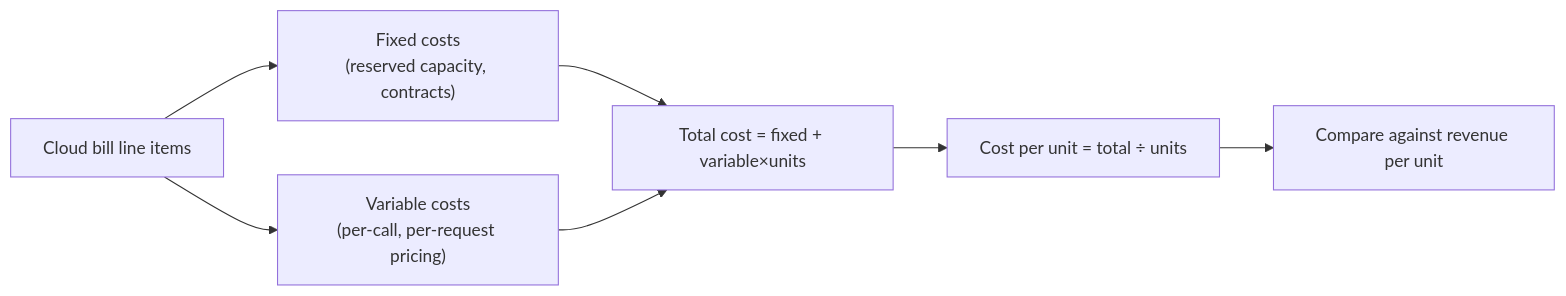
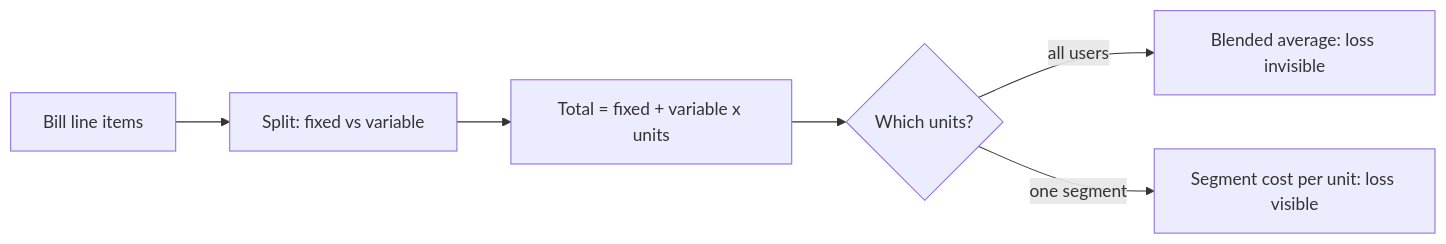
The diagram in src/content/applied-math/unit-economics/L2-concept.mdx (francoandreDev/knowledge), drawn with Mermaid before and after one commit. The commit also changed other lines of this file and 3 other files, not shown here.

````diff
--- a/src/content/applied-math/unit-economics/L2-concept.mdx
+++ b/src/content/applied-math/unit-economics/L2-concept.mdx
@@ -39,9 +46,8 @@
 ```mermaid
 flowchart LR
-    A["Cloud bill line items"] --> B["Fixed costs\n(reserved capacity, contracts)"]
-    A --> C["Variable costs\n(per-call, per-request pricing)"]
-    B --> D["Total cost = fixed + variable×units"]
-    C --> D
-    D --> E["Cost per unit = total ÷ units"]
-    E --> F["Compare against revenue per unit"]
+    A["Bill line items"] --> B["Split: fixed vs variable"]
+    B --> C["Total = fixed + variable x units"]
+    C --> D{"Which units?"}
+    D -->|"all users"| E["Blended average: loss invisible"]
+    D -->|"one segment"| F["Segment cost per unit: loss visible"]
 ```
````
